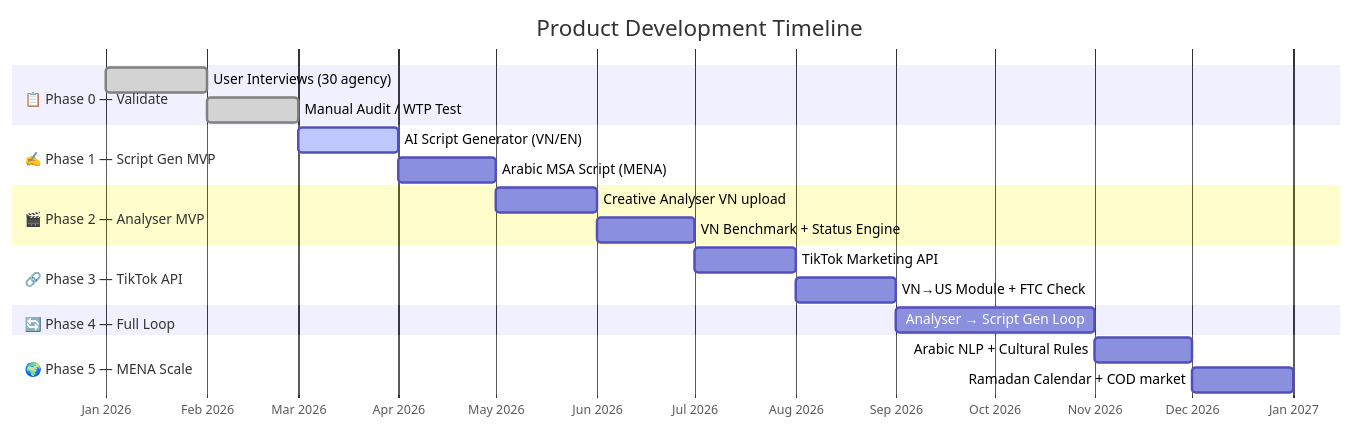
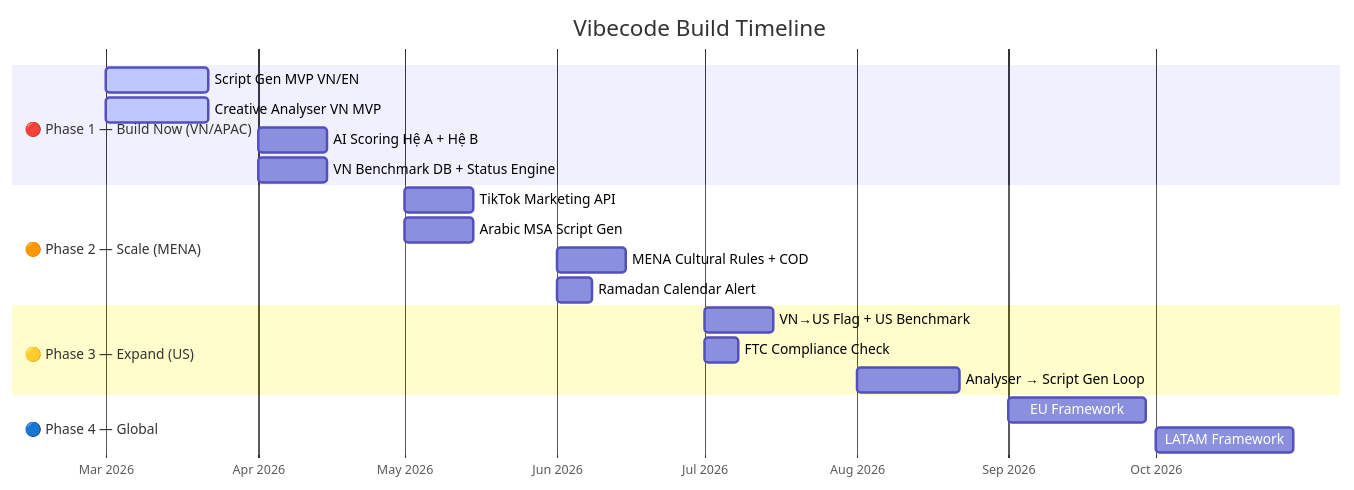
One commit to samdao39/creative-score-roadmap changed the second of 5 diagrams in product_roadmap.md. Above: the diagram before and after it, drawn with Mermaid. The commit also changed other lines of this file, not shown here.

Commit message:
Update roadmap: vibecode timeline, market per phase, country details, pain points moved up

````diff
--- a/product_roadmap.md
+++ b/product_roadmap.md
@@ -53,29 +88,27 @@
 ```mermaid
 gantt
-    title Product Development Timeline
+    title Vibecode Build Timeline
     dateFormat YYYY-MM
     axisFormat %b %Y
 
-    section 📋 Phase 0 — Validate
-    User Interviews (30 agency)    :done, t0a, 2026-01, 1M
-    Manual Audit / WTP Test        :done, t0b, 2026-02, 1M
+    section 🔴 Phase 1 — Build Now (VN/APAC)
+    Script Gen MVP VN/EN           :active, p1a, 2026-03, 3w
+    Creative Analyser VN MVP       :active, p1b, 2026-03, 3w
+    AI Scoring Hệ A + Hệ B         :p1c, 2026-04, 2w
+    VN Benchmark DB + Status Engine:p1d, 2026-04, 2w
 
-    section ✍️ Phase 1 — Script Gen MVP
-    AI Script Generator (VN/EN)    :active, t1a, 2026-03, 1M
-    Arabic MSA Script (MENA)       :t1b, 2026-04, 1M
+    section 🟠 Phase 2 — Scale (MENA)
+    TikTok Marketing API           :p2a, 2026-05, 2w
+    Arabic MSA Script Gen          :p2b, 2026-05, 2w
+    MENA Cultural Rules + COD      :p2c, 2026-06, 2w
+    Ramadan Calendar Alert         :p2d, 2026-06, 1w
 
-    section 🎬 Phase 2 — Analyser MVP
-    Creative Analyser VN upload    :t2a, 2026-05, 1M
-    VN Benchmark + Status Engine   :t2b, 2026-06, 1M
+    section 🟡 Phase 3 — Expand (US)
+    VN→US Flag + US Benchmark      :p3a, 2026-07, 2w
+    FTC Compliance Check           :p3b, 2026-07, 1w
+    Analyser → Script Gen Loop     :p3c, 2026-08, 3w
 
-    section 🔗 Phase 3 — TikTok API
-    TikTok Marketing API           :t3a, 2026-07, 1M
-    VN→US Module + FTC Check       :t3b, 2026-08, 1M
-
-    section 🔄 Phase 4 — Full Loop
-    Analyser → Script Gen Loop     :t4a, 2026-09, 2M
-
-    section 🌍 Phase 5 — MENA Scale
-    Arabic NLP + Cultural Rules    :t5a, 2026-11, 1M
-    Ramadan Calendar + COD market  :t5b, 2026-12, 1M
+    section 🔵 Phase 4 — Global
+    EU Framework                   :p4a, 2026-09, 4w
+    LATAM Framework                :p4b, 2026-10, 4w
 ```
````
